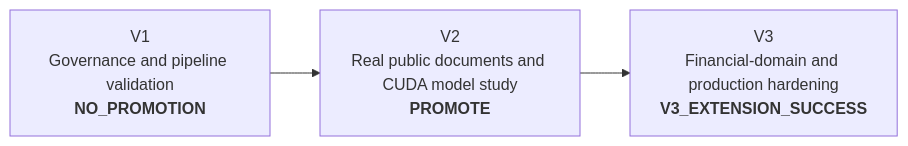
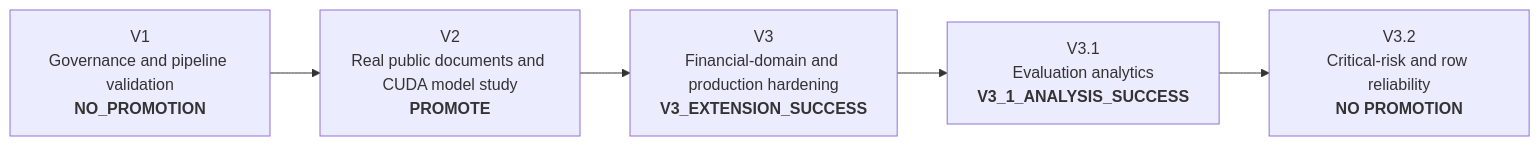
The second of 2 diagrams in README.md (ReviveCoding/reliable-financial-document-intelligence), drawn with Mermaid before and after one commit. The commit also changed other lines of this file and 61 other files, not shown here.

Commit message:
Add v3.2 critical risk and row reliability analysis

````diff
--- a/README.md
+++ b/README.md
@@ -55,5 +55,7 @@
 ```mermaid
 flowchart LR
     V1["V1<br/>Governance and pipeline validation<br/><b>NO_PROMOTION</b>"] --> V2["V2<br/>Real public documents and CUDA model study<br/><b>PROMOTE</b>"]
     V2 --> V3["V3<br/>Financial-domain and production hardening<br/><b>V3_EXTENSION_SUCCESS</b>"]
+    V3 --> V31["V3.1<br/>Evaluation analytics<br/><b>V3_1_ANALYSIS_SUCCESS</b>"]
+    V31 --> V32["V3.2<br/>Critical-risk and row reliability<br/><b>NO PROMOTION</b>"]
 ```
````
